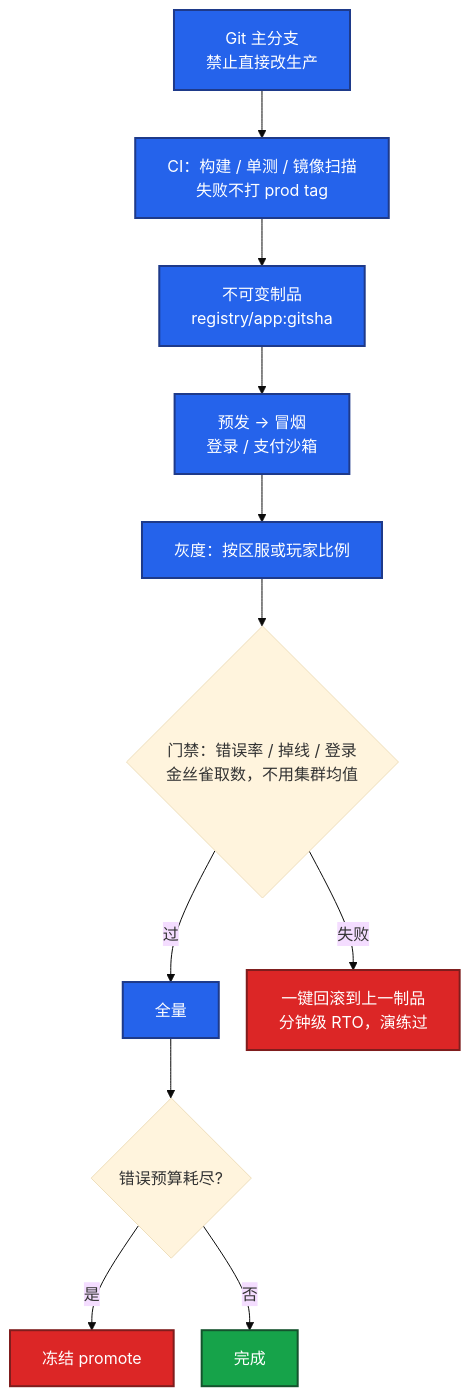
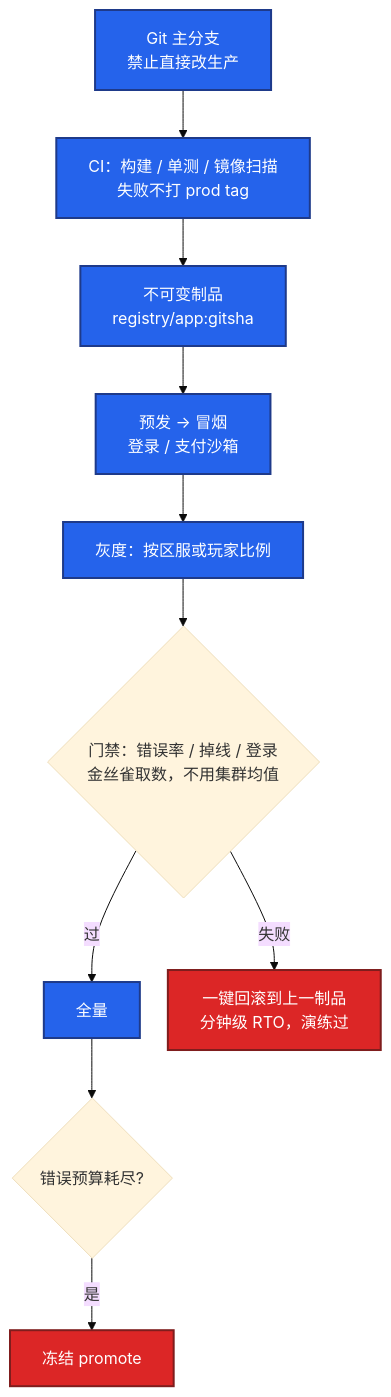
One commit to ml-cuizijun/LearnToLilith changed the sixth of 9 diagrams in 01-职业发展/03-系统设计/知识点.md. Above: the diagram before and after it, drawn with Mermaid. The commit also changed other lines of this file and 213 other files, not shown here.

````diff
--- a/01-职业发展/03-系统设计/知识点.md
+++ b/01-职业发展/03-系统设计/知识点.md
@@ -293,21 +274,18 @@
 ```mermaid
 %%{init: {"flowchart": {"padding": 16, "nodeSpacing": 28, "rankSpacing": 48}, "theme": "base"}}%%
 flowchart TB
     git[Git 主分支<br/>禁止直接改生产] --> ci[CI：构建 / 单测 / 镜像扫描<br/>失败不打 prod tag]
     ci --> art[不可变制品<br/>registry/app:gitsha]
     art --> stg[预发 → 冒烟<br/>登录 / 支付沙箱]
     stg --> can[灰度：按区服或玩家比例]
     can --> gate{门禁：错误率 / 掉线 / 登录<br/>金丝雀取数，不用集群均值}
     gate -->|过| full[全量]
     gate -->|失败| rb[一键回滚到上一制品<br/>分钟级 RTO，演练过]
     full --> bud{错误预算耗尽?}
     bud -->|是| freeze[冻结 promote]
-    bud -->|否| done[完成]
 
     classDef a fill:#2563EB,stroke:#1E3A8A,stroke-width:2px,color:#fff
-    classDef ok fill:#16A34A,stroke:#14532D,stroke-width:2px,color:#fff
     classDef bad fill:#DC2626,stroke:#7F1D1D,stroke-width:2px,color:#fff
     class git,ci,art,stg,can,full a
     class rb,freeze bad
-    class done ok
 ```
````
